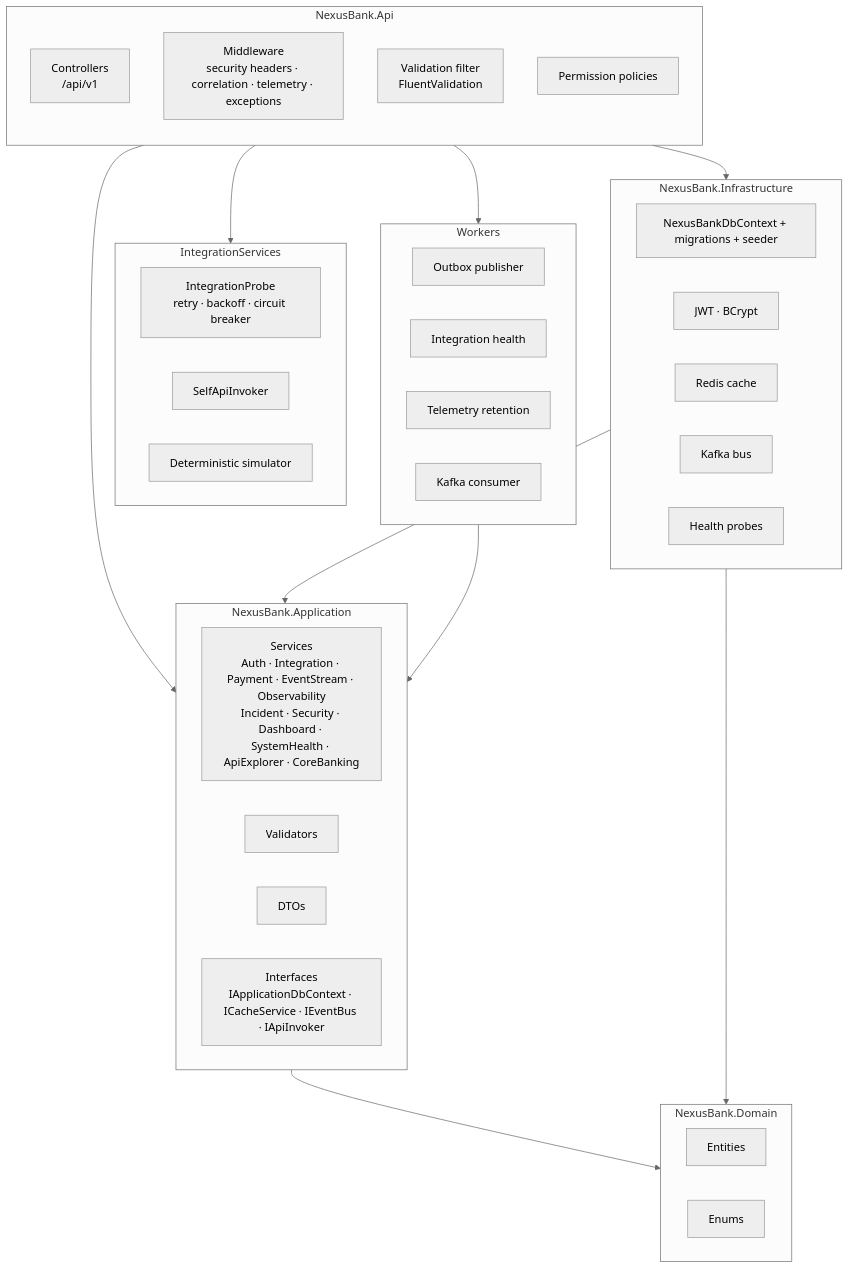
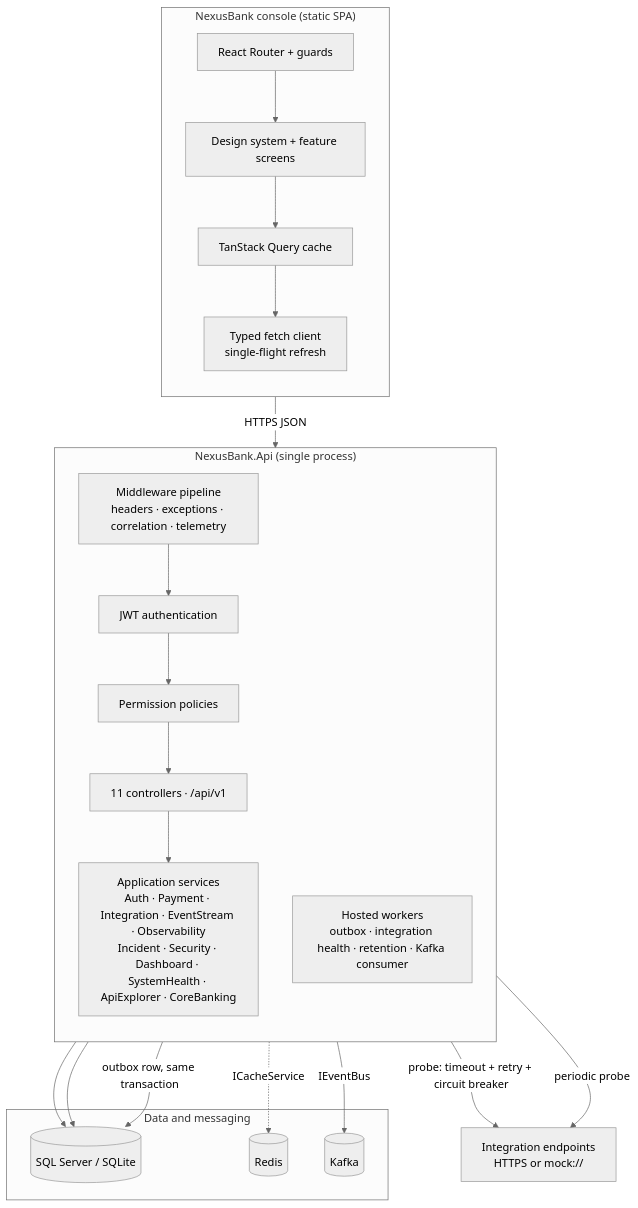
Before and after one commit to Rutuja-Shukla/NexusBank-Enterprise-Intelligence-Platform: the second of 12 diagrams in docs/ARCHITECTURE.md, drawn with Mermaid (neutral theme). The commit also changed other lines of this file and 20 other files, not shown here.

````diff
--- a/docs/ARCHITECTURE.md
+++ b/docs/ARCHITECTURE.md
@@ -9,52 +68,40 @@
 ```mermaid
 flowchart TB
-    subgraph Api["NexusBank.Api"]
+    subgraph Console["NexusBank console (static SPA)"]
         direction TB
-        C[Controllers<br/>/api/v1]
-        M[Middleware<br/>security headers · correlation · telemetry · exceptions]
-        F[Validation filter<br/>FluentValidation]
-        P[Permission policies]
+        ROUTER[React Router + guards]
+        QUERY[TanStack Query cache]
+        APICLI[Typed fetch client<br/>single-flight refresh]
+        UI[Design system + feature screens]
+        ROUTER --> UI
+        UI --> QUERY --> APICLI
     end
 
-    subgraph Application["NexusBank.Application"]
-        S[Services<br/>Auth · Integration · Payment · EventStream · Observability<br/>Incident · Security · Dashboard · SystemHealth · ApiExplorer · CoreBanking]
-        V[Validators]
-        D[DTOs]
-        I[Interfaces<br/>IApplicationDbContext · ICacheService · IEventBus · IApiInvoker]
+    subgraph Host["NexusBank.Api (single process)"]
+        direction TB
+        MW[Middleware pipeline<br/>headers · exceptions · correlation · telemetry]
+        AUTHN[JWT authentication]
+        AUTHZ[Permission policies]
+        CTRL[11 controllers · /api/v1]
+        SVC[Application services<br/>Auth · Payment · Integration · EventStream · Observability<br/>Incident · Security · Dashboard · SystemHealth · ApiExplorer · CoreBanking]
+        WORK[Hosted workers<br/>outbox · integration health · retention · Kafka consumer]
+        MW --> AUTHN --> AUTHZ --> CTRL --> SVC
     end
 
-    subgraph Domain["NexusBank.Domain"]
-        E[Entities]
-        EN[Enums]
+    subgraph Data["Data and messaging"]
+        SQL[(SQL Server / SQLite)]
+        REDIS[(Redis)]
+        KAFKA[(Kafka)]
     end
 
-    subgraph Infrastructure["NexusBank.Infrastructure"]
-        DB[NexusBankDbContext + migrations + seeder]
-        SEC[JWT · BCrypt]
-        CA[Redis cache]
-        K[Kafka bus]
-        H[Health probes]
-    end
+    EXT[Integration endpoints<br/>HTTPS or mock://]
 
-    subgraph IntegrationServices
-        PR[IntegrationProbe<br/>retry · backoff · circuit breaker]
-        SI[SelfApiInvoker]
-        SIM[Deterministic simulator]
-    end
-
-    subgraph Workers
-        W1[Outbox publisher]
-        W2[Integration health]
-        W3[Telemetry retention]
-        W4[Kafka consumer]
-    end
-
-    Api --> Application
-    Application --> Domain
-    Infrastructure --> Application
-    Infrastructure --> Domain
-    Api --> Infrastructure
-    Api --> IntegrationServices
-    Api --> Workers
-    Workers --> Application
+    APICLI -->|HTTPS JSON| MW
+    SVC --> SQL
+    WORK --> SQL
+    SVC -.->|ICacheService| REDIS
+    SVC -->|outbox row, same transaction| SQL
+    WORK -->|IEventBus| KAFKA
+    SVC -->|probe: timeout + retry + circuit breaker| EXT
+    WORK -->|periodic probe| EXT
 ```
````
